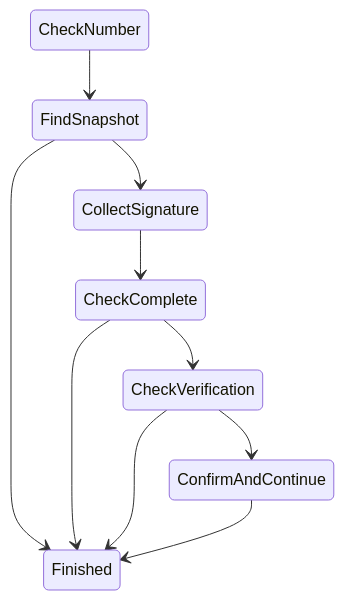
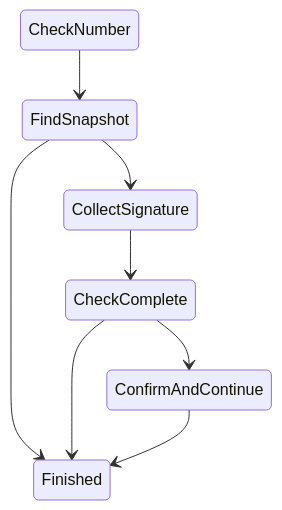
One commit to cardano-scaling/hydra changed the eighth of 60 diagrams in docs/head-logic-diagrams.md. Above: the diagram before and after it, drawn with Mermaid. The commit also changed other lines of this file and 48 other files, not shown here.

````diff
--- a/docs/head-logic-diagrams.md
+++ b/docs/head-logic-diagrams.md
@@ -268,20 +265,17 @@
 ```mermaid
 stateDiagram-v2
 
 CheckNumber
 FindSnapshot
 CollectSignature
 CheckComplete
-CheckVerification
 ConfirmAndContinue
 Finished
 CheckNumber --> FindSnapshot
 FindSnapshot --> CollectSignature
 FindSnapshot --> Finished
 CollectSignature --> CheckComplete
-CheckComplete --> CheckVerification
+CheckComplete --> ConfirmAndContinue
 CheckComplete --> Finished
-CheckVerification --> ConfirmAndContinue
-CheckVerification --> Finished
 ConfirmAndContinue --> Finished
 ```
````
